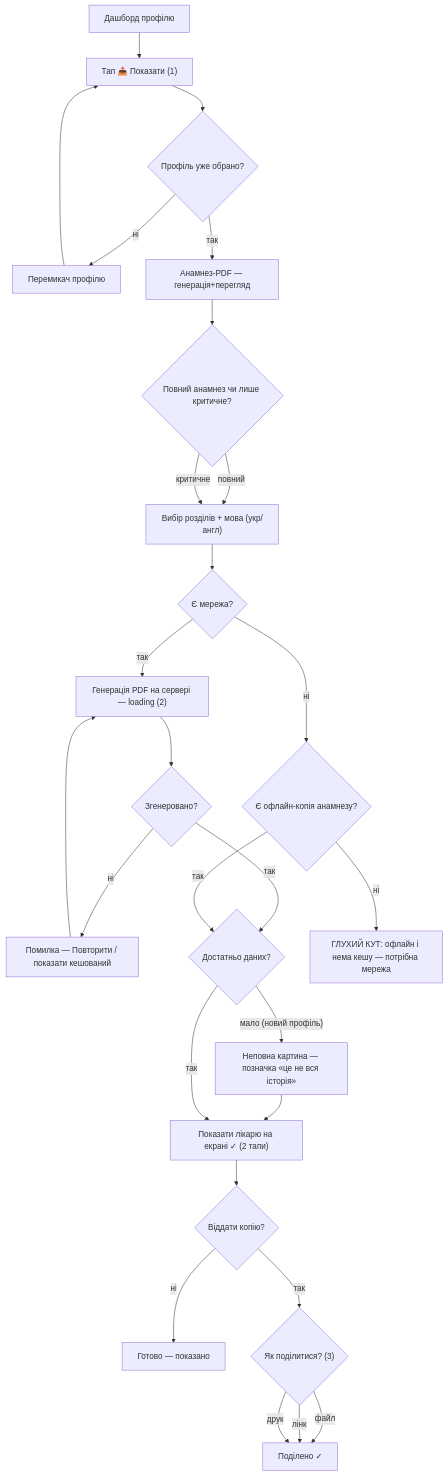
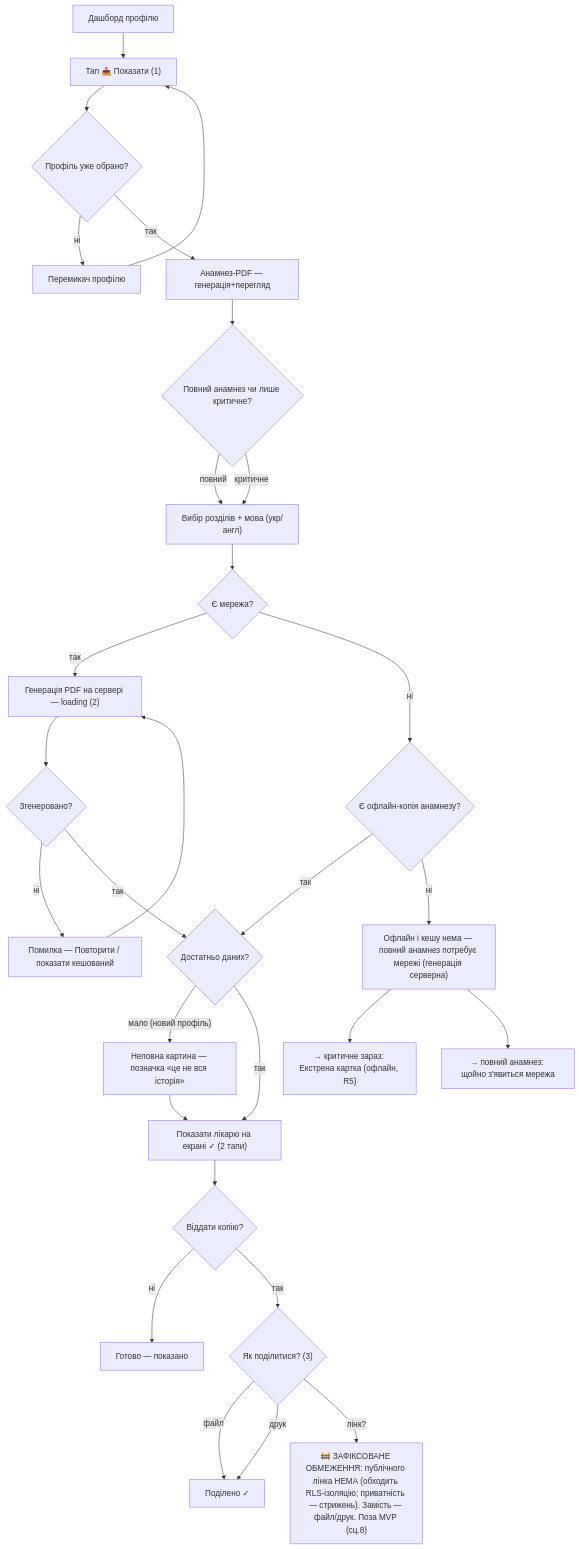
The second of 3 diagrams in flows.md (DShkiaruk/Kartka), drawn with Mermaid before and after one commit. The commit also changed other lines of this file and 1 other file, not shown here.

First line of the commit message:
flows/_screens: R2 «Показати анамнез» — джерело (матриця + шер «б» + офлайн-вихід)

````diff
--- a/flows.md
+++ b/flows.md
@@ -92,33 +92,35 @@
 ```mermaid
 flowchart TD
   start["Дашборд профілю"] --> tap["Тап 📤 Показати (1)"]
   tap --> who{"Профіль уже обрано?"}
   who -->|ні| switch["Перемикач профілю"]
   switch --> tap
   who -->|так| screen["Анамнез-PDF — генерація+перегляд"]
 
   screen --> scope{"Повний анамнез чи лише критичне?"}
   scope -->|повний| sections["Вибір розділів + мова (укр/англ)"]
   scope -->|критичне| sections
   sections --> net{"Є мережа?"}
 
   net -->|так| gen["Генерація PDF на сервері — loading (2)"]
   gen --> genok{"Згенеровано?"}
   genok -->|ні| generr["Помилка — Повторити / показати кешований"]
   generr --> gen
   genok -->|так| sparse
 
   net -->|ні| cache{"Є офлайн-копія анамнезу?"}
   cache -->|так| sparse{"Достатньо даних?"}
-  cache -->|ні| deadoff["ГЛУХИЙ КУТ: офлайн і нема кешу — потрібна мережа"]
+  cache -->|ні| offlim["Офлайн і кешу нема — повний анамнез потребує мережі (генерація серверна)"]
+  offlim --> emerg["→ критичне зараз: Екстрена картка (офлайн, R5)"]
+  offlim --> laternet["→ повний анамнез: щойно з'явиться мережа"]
 
   sparse -->|"мало (новий профіль)"| weak["Неповна картина — позначка «це не вся історія»"]
   weak --> show
   sparse -->|так| show["Показати лікарю на екрані ✓ (2 тапи)"]
   show --> shareq{"Віддати копію?"}
   shareq -->|ні| done["Готово — показано"]
   shareq -->|так| how{"Як поділитися? (3)"}
   how -->|файл| shared["Поділено ✓"]
-  how -->|лінк| shared
   how -->|друк| shared
+  how -->|"лінк?"| nolink["🚧 ЗАФІКСОВАНЕ ОБМЕЖЕННЯ: публічного лінка НЕМА (обходить RLS-ізоляцію; приватність — стрижень). Замість — файл/друк. Поза MVP (сц.8)"]
 ```
````
